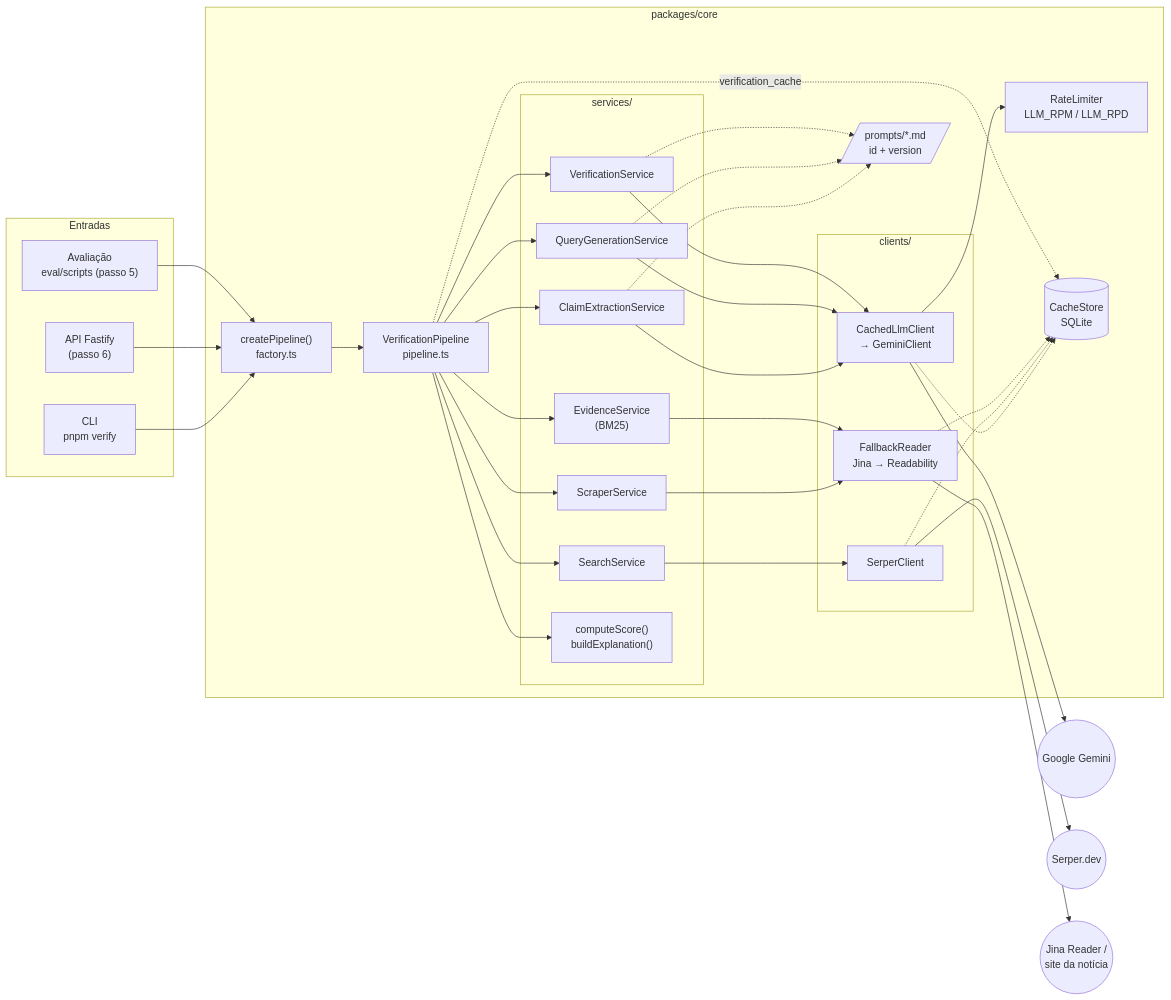
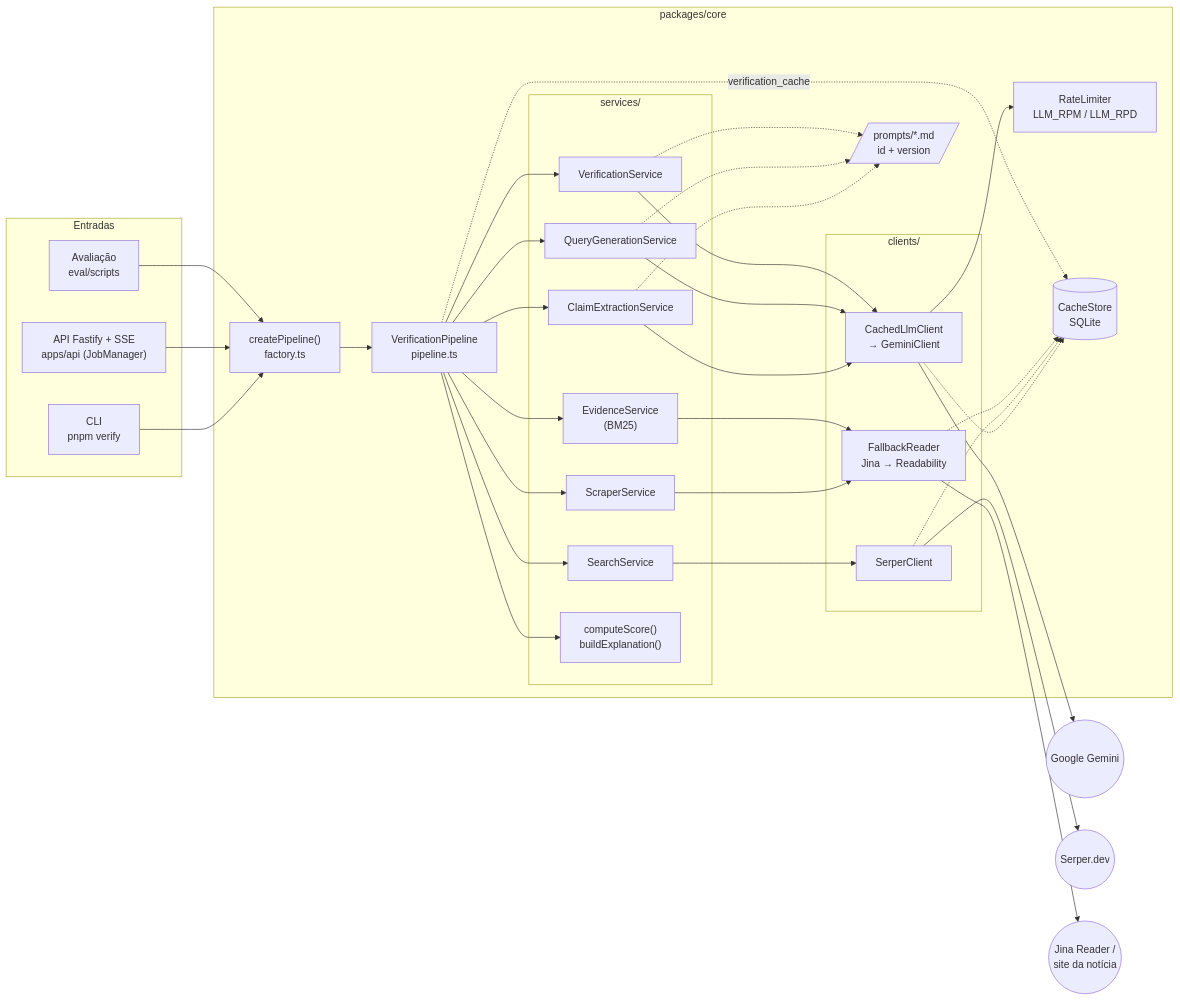
The diagram in docs/diagramas/arquitetura-componentes.md (Augusto-Zeni/veritasai), drawn with Mermaid before and after one commit. The commit also changed 16 other files, not shown here.

Commit message:
feat(api): API Fastify com progresso via SSE

````diff
--- a/docs/diagramas/arquitetura-componentes.md
+++ b/docs/diagramas/arquitetura-componentes.md
@@ -3,48 +3,48 @@
 ```mermaid
 flowchart LR
   subgraph Entradas
     CLI["CLI<br/>pnpm verify"]
-    API["API Fastify<br/>(passo 6)"]
-    EVAL["Avaliação<br/>eval/scripts (passo 5)"]
+    API["API Fastify + SSE<br/>apps/api (JobManager)"]
+    EVAL["Avaliação<br/>eval/scripts"]
   end
 
   subgraph Core["packages/core"]
     FACTORY["createPipeline()<br/>factory.ts"]
     PIPE["VerificationPipeline<br/>pipeline.ts"]
 
     subgraph Servicos["services/"]
       SCR[ScraperService]
       CE[ClaimExtractionService]
       QG[QueryGenerationService]
       SS[SearchService]
       EV["EvidenceService<br/>(BM25)"]
       VS[VerificationService]
       SC["computeScore()<br/>buildExplanation()"]
     end
 
     subgraph Clientes["clients/"]
       LLM["CachedLlmClient<br/>→ GeminiClient"]
       SER[SerperClient]
       RD["FallbackReader<br/>Jina → Readability"]
     end
 
     RL["RateLimiter<br/>LLM_RPM / LLM_RPD"]
     CACHE[("CacheStore<br/>SQLite")]
     PROMPTS[/"prompts/*.md<br/>id + version"/]
   end
 
   CLI & API & EVAL --> FACTORY --> PIPE
   PIPE --> SCR & CE & QG & SS & EV & VS & SC
   SCR --> RD
   EV --> RD
   CE & QG & VS --> LLM
   CE & QG & VS -.-> PROMPTS
   SS --> SER
   LLM --> RL
   LLM & SER & RD -.-> CACHE
   PIPE -.->|verification_cache| CACHE
 
   LLM --> GEM(("Google Gemini"))
   SER --> SERPER(("Serper.dev"))
   RD --> JINA(("Jina Reader /<br/>site da notícia"))
 ```
````
